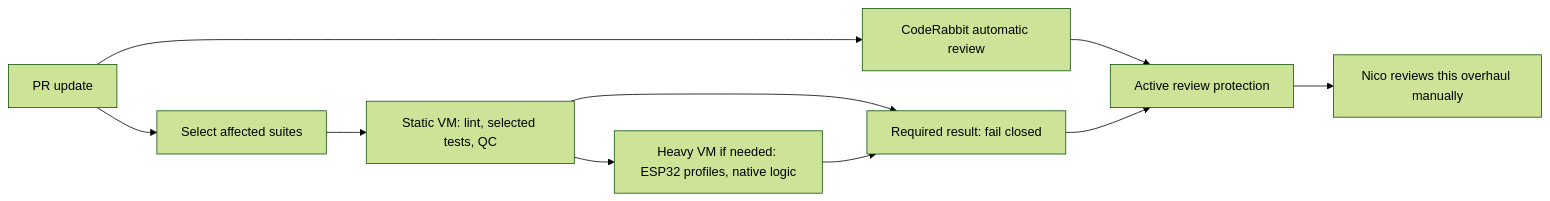
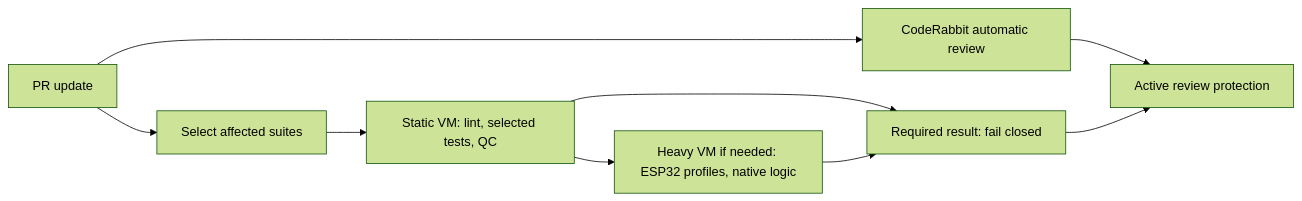
Before and after one commit to DemonicPsychoII/DigitalStethoscope: the diagram in Development/system/testing/ci/OPERATIONS.md, drawn with Mermaid (forest theme). The commit also changed other lines of this file and 19 other files, not shown here.

````diff
--- a/Development/system/testing/ci/OPERATIONS.md
+++ b/Development/system/testing/ci/OPERATIONS.md
@@ -11,12 +11,11 @@
 ```mermaid
 flowchart LR
     PR[PR update] --> Plan[Select affected suites]
     Plan --> Static[Static VM: lint, selected tests, QC]
     Static --> Heavy[Heavy VM if needed: ESP32 profiles, native logic]
     Static --> Result[Required result: fail closed]
     Heavy --> Result
     PR --> Review[CodeRabbit automatic review]
     Review --> Gate[Active review protection]
     Result --> Gate
-    Gate --> Owner[Nico reviews this overhaul manually]
 ```
````
